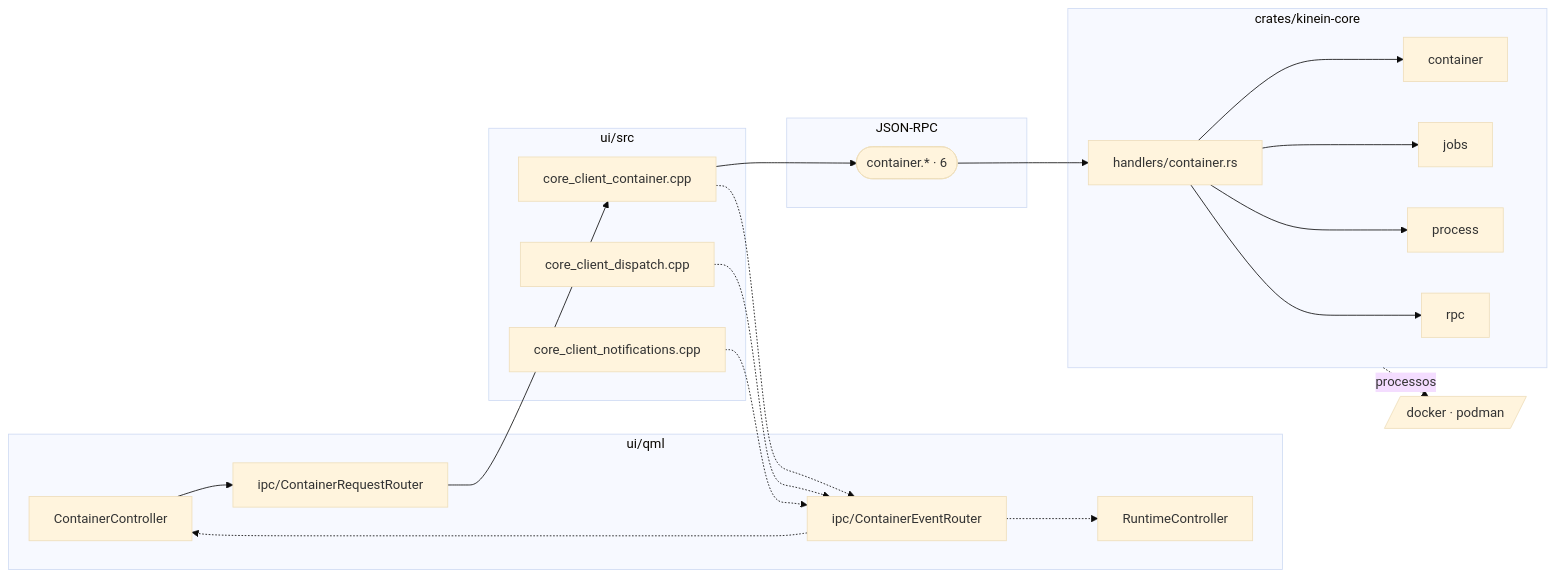
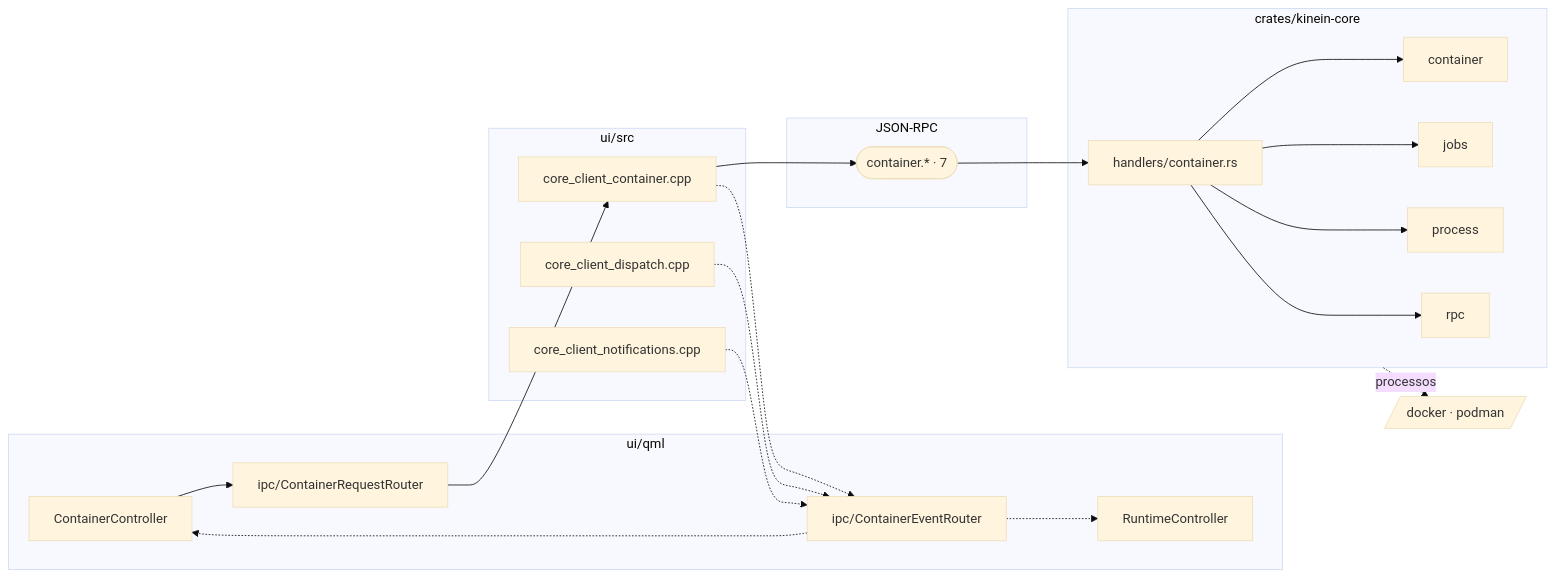
One commit to ViktorWalde/KineinVectis changed diagram 14 of 16 in DocsPublic/arquitetura/01-mapa-de-modulos.md. Above: the diagram before and after it, drawn with Mermaid (base theme). The commit also changed other lines of this file and 7 other files, not shown here.

````diff
--- a/DocsPublic/arquitetura/01-mapa-de-modulos.md
+++ b/DocsPublic/arquitetura/01-mapa-de-modulos.md
@@ -1278,39 +1278,39 @@
 ```mermaid
 flowchart LR
   subgraph QML["ui/qml"]
     n_ui_qml_container_ContainerController_qml["ContainerController"]
     n_ui_qml_runtime_RuntimeController_qml["RuntimeController"]
     n_ui_qml_ipc_ContainerRequestRouter_qml["ipc/ContainerRequestRouter"]
     n_ui_qml_ipc_ContainerEventRouter_qml["ipc/ContainerEventRouter"]
   end
   subgraph CPP["ui/src"]
     n_ui_src_core_client_container_cpp["core_client_container.cpp"]
     n_ui_src_core_client_dispatch_cpp["core_client_dispatch.cpp"]
     n_ui_src_core_client_notifications_cpp["core_client_notifications.cpp"]
   end
   subgraph IPC["JSON-RPC"]
-    n_ipc_container(["container.* · 6"])
+    n_ipc_container(["container.* · 7"])
   end
   subgraph CORE["crates/kinein-core"]
     n_crates_kinein_core_src_handlers_container_rs["handlers/container.rs"]
     n_core_container[container]
     n_core_jobs[jobs]
     n_core_process[process]
     n_core_rpc[rpc]
   end
   n_tools_container[/"docker · podman"/]
   n_ui_qml_container_ContainerController_qml --> n_ui_qml_ipc_ContainerRequestRouter_qml
   n_ui_qml_ipc_ContainerEventRouter_qml -.-> n_ui_qml_container_ContainerController_qml
   n_ui_qml_ipc_ContainerEventRouter_qml -.-> n_ui_qml_runtime_RuntimeController_qml
   n_ui_qml_ipc_ContainerRequestRouter_qml --> n_ui_src_core_client_container_cpp
   n_ui_src_core_client_container_cpp --> n_ipc_container
   n_ui_src_core_client_container_cpp -.-> n_ui_qml_ipc_ContainerEventRouter_qml
   n_ui_src_core_client_dispatch_cpp -.-> n_ui_qml_ipc_ContainerEventRouter_qml
   n_ui_src_core_client_notifications_cpp -.-> n_ui_qml_ipc_ContainerEventRouter_qml
   n_ipc_container --> n_crates_kinein_core_src_handlers_container_rs
   n_crates_kinein_core_src_handlers_container_rs --> n_core_container
   n_crates_kinein_core_src_handlers_container_rs --> n_core_jobs
   n_crates_kinein_core_src_handlers_container_rs --> n_core_process
   n_crates_kinein_core_src_handlers_container_rs --> n_core_rpc
   CORE -.->|processos| n_tools_container
 ```
````
